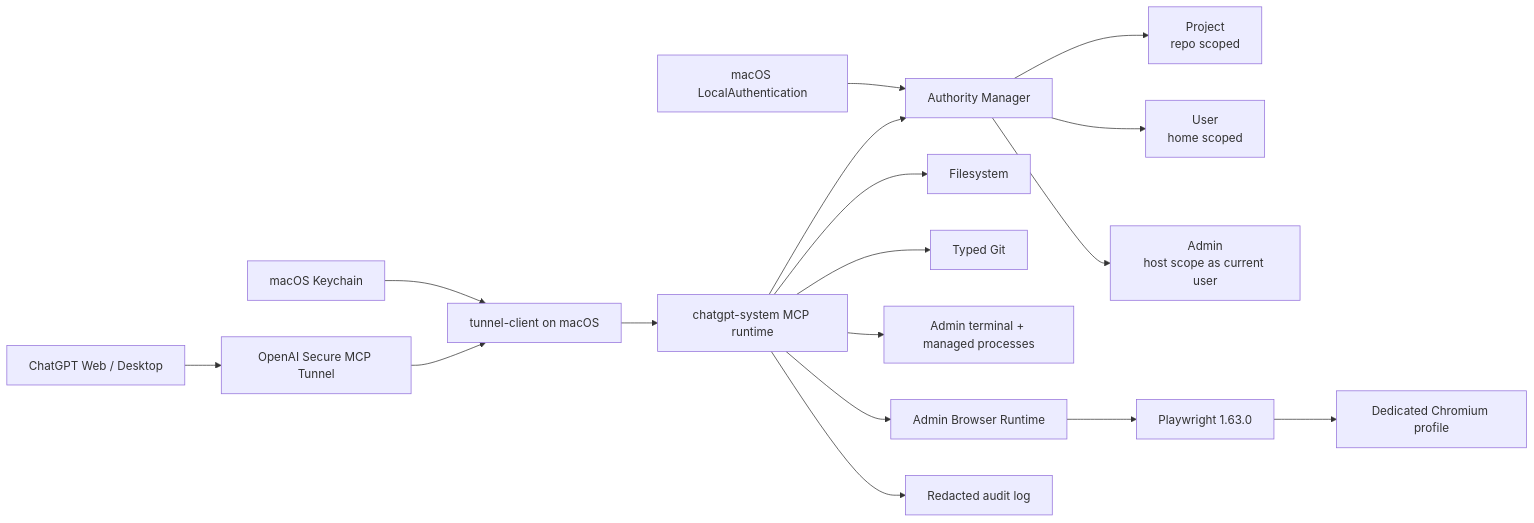
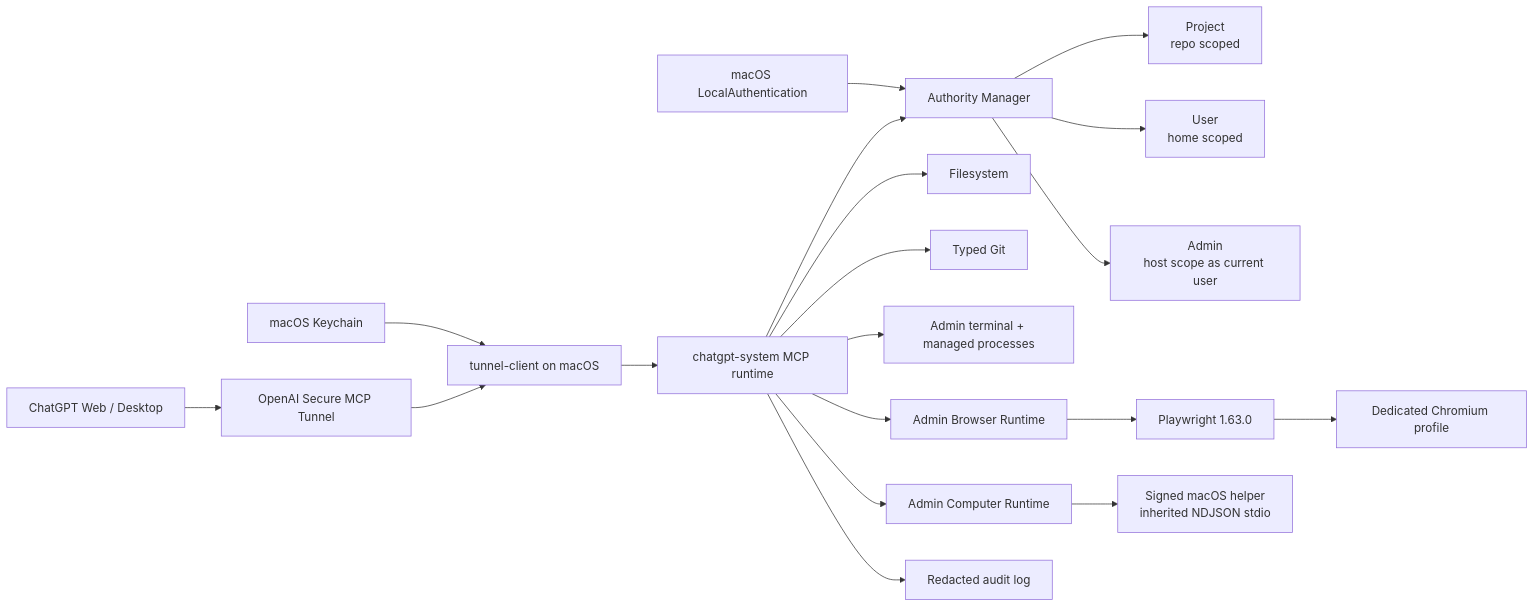
Before and after one commit to senoldogann/chatgpt-system: the diagram in README.md, drawn with Mermaid. The commit also changed other lines of this file and 22 other files, not shown here.

Commit message:
ci: verify computer runtime TypeScript slice

````diff
--- a/README.md
+++ b/README.md
@@ -31,22 +31,24 @@
 ```mermaid
 flowchart LR
     ChatGPT["ChatGPT Web / Desktop"] --> Tunnel["OpenAI Secure MCP Tunnel"]
     Tunnel --> Client["tunnel-client on macOS"]
     Client --> Runtime["chatgpt-system MCP runtime"]
 
     Runtime --> Authority["Authority Manager"]
     Authority --> Project["Project<br/>repo scoped"]
     Authority --> User["User<br/>home scoped"]
     Authority --> Admin["Admin<br/>host scope as current user"]
 
     Runtime --> Files["Filesystem"]
     Runtime --> Git["Typed Git"]
     Runtime --> Exec["Admin terminal + managed processes"]
     Runtime --> Browser["Admin Browser Runtime"]
     Browser --> Playwright["Playwright 1.63.0"]
+    Runtime --> Computer["Admin Computer Runtime"]
+    Computer --> Native["Signed macOS helper\ninherited NDJSON stdio"]
     Playwright --> Chromium["Dedicated Chromium profile"]
     Runtime --> Audit["Redacted audit log"]
 
     LocalAuth["macOS LocalAuthentication"] --> Authority
     Keychain["macOS Keychain"] --> Client
 ```
````
